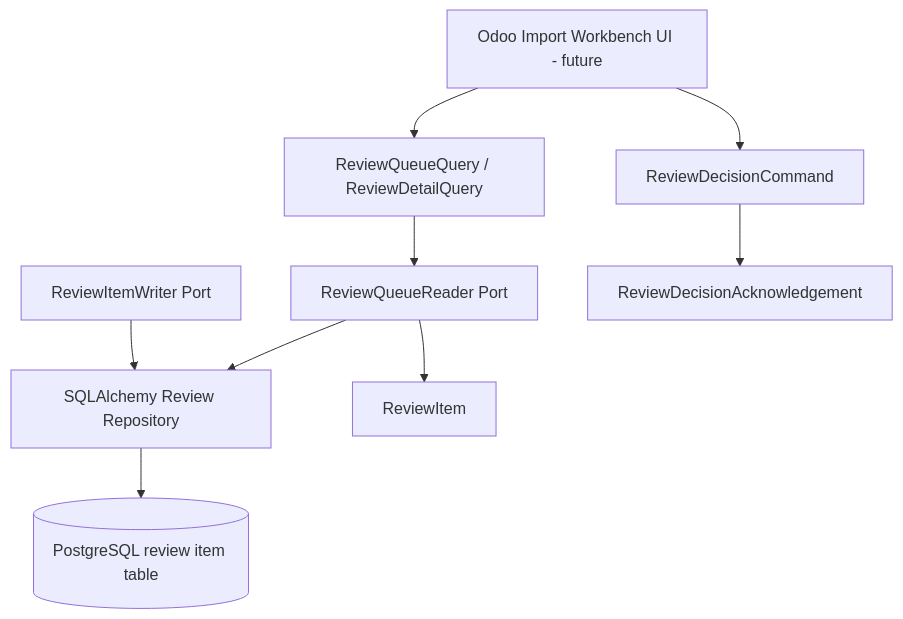
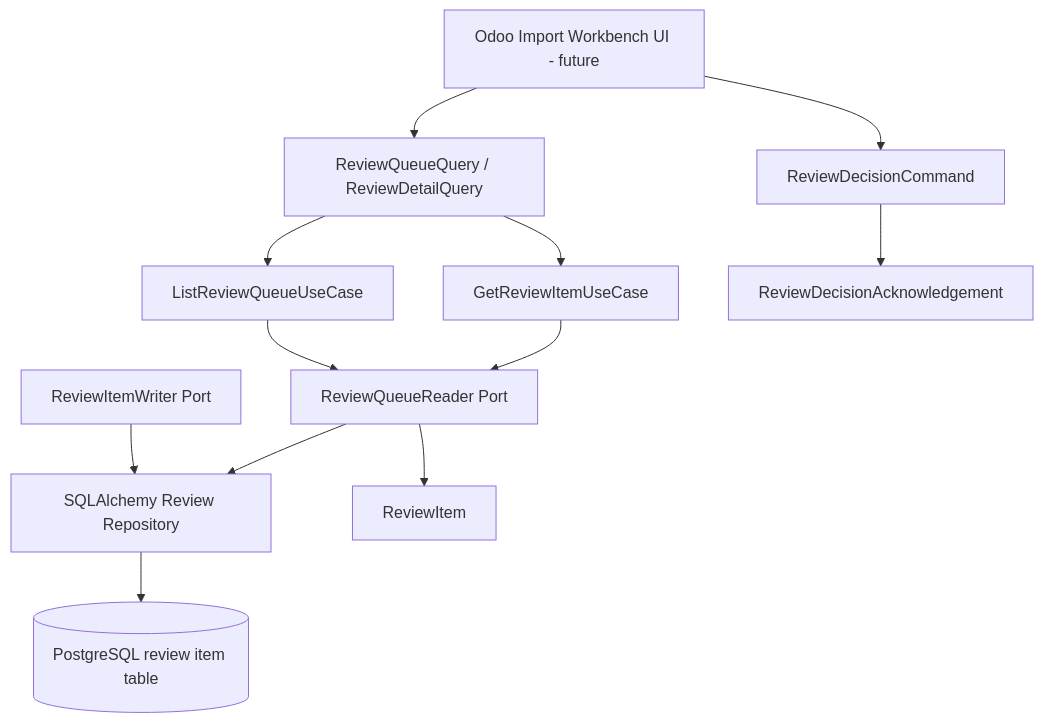
The third of 3 diagrams in docs/IMPORT_WORKBENCH.md (odurmazoglu/ict-integration-hub), drawn with Mermaid before and after one commit. The commit also changed other lines of this file and 7 other files, not shown here.

Commit message:
feat: add review query use cases

````diff
--- a/docs/IMPORT_WORKBENCH.md
+++ b/docs/IMPORT_WORKBENCH.md
@@ -131,21 +137,26 @@
 ```mermaid
 flowchart TB
     OdooWorkbench[Odoo Import Workbench UI - future]
     Query[ReviewQueueQuery / ReviewDetailQuery]
+    ListUseCase[ListReviewQueueUseCase]
+    GetUseCase[GetReviewItemUseCase]
     Reader[ReviewQueueReader Port]
     Writer[ReviewItemWriter Port]
     Repository[SQLAlchemy Review Repository]
     Store[(PostgreSQL review item table)]
     Item[ReviewItem]
     Command[ReviewDecisionCommand]
     Ack[ReviewDecisionAcknowledgement]
 
     OdooWorkbench --> Query
-    Query --> Reader
+    Query --> ListUseCase
+    Query --> GetUseCase
+    ListUseCase --> Reader
+    GetUseCase --> Reader
     Writer --> Repository
     Reader --> Repository
     Repository --> Store
     Reader --> Item
     OdooWorkbench --> Command
     Command --> Ack
 ```
````
